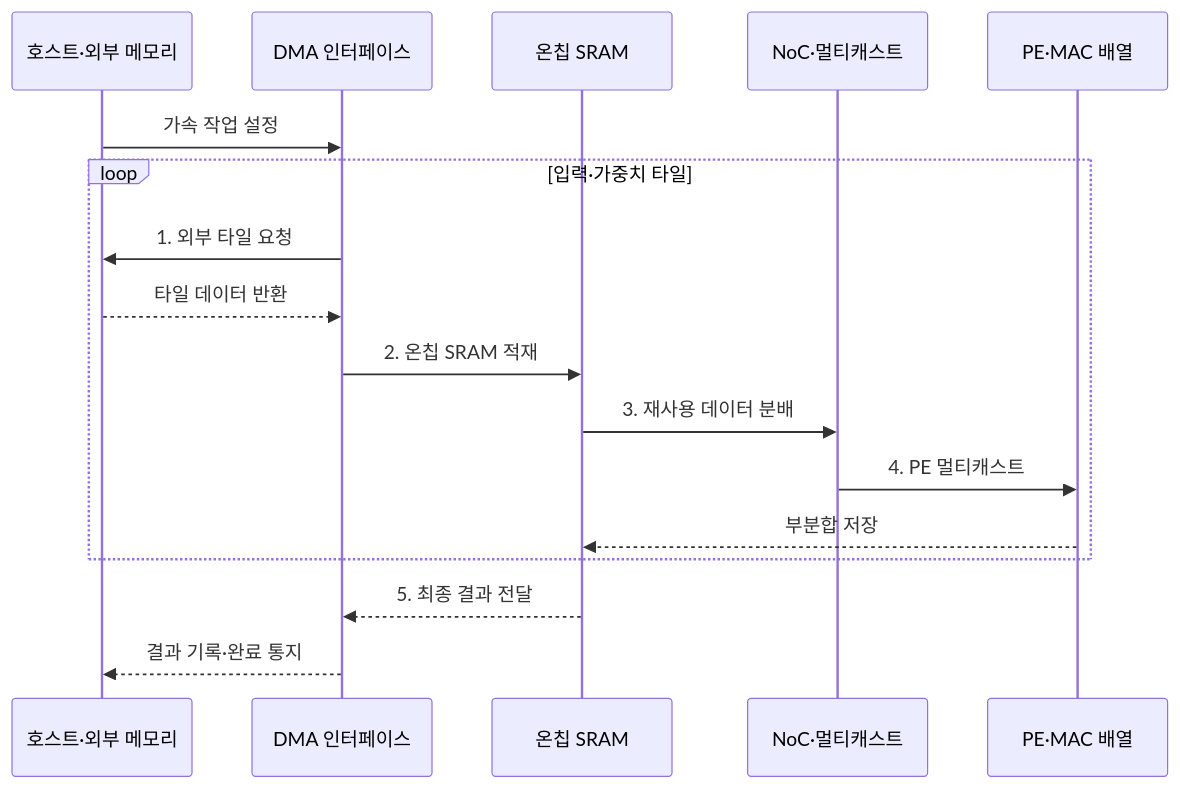
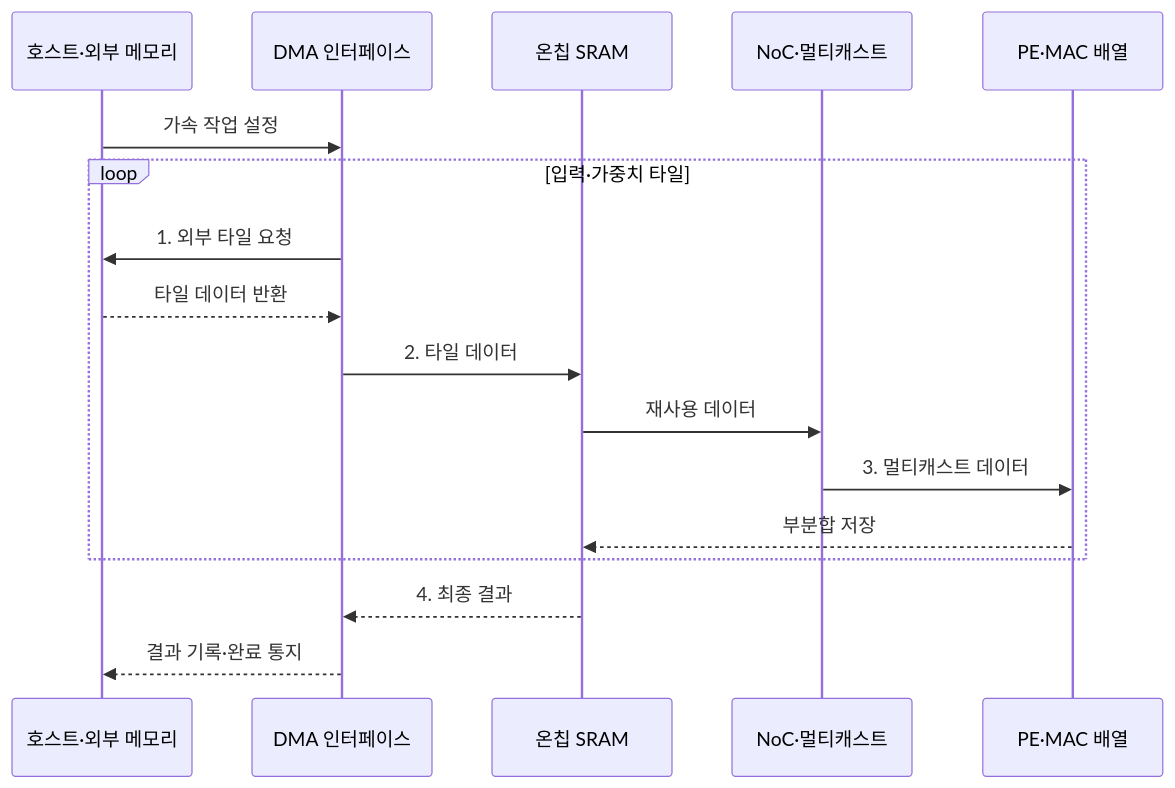
Before and after one commit to agnusdei1207/knowledge-base: the second of 2 diagrams in src/content/docs/notes/02-hardware/040_asic_ai_acceleration.md, drawn with Mermaid. The commit also changed other lines of this file and 20 other files, not shown here.

````diff
--- a/src/content/docs/notes/02-hardware/040_asic_ai_acceleration.md
+++ b/src/content/docs/notes/02-hardware/040_asic_ai_acceleration.md
@@ -95,20 +97,20 @@
 ```mermaid
 sequenceDiagram
     participant H as 호스트·외부 메모리
     participant D as DMA 인터페이스
     participant S as 온칩 SRAM
     participant N as NoC·멀티캐스트
     participant P as PE·MAC 배열
 
     H->>D: 가속 작업 설정
     loop 입력·가중치 타일
         D->>H: 1. 외부 타일 요청
         H-->>D: 타일 데이터 반환
-        D->>S: 2. 온칩 SRAM 적재
-        S->>N: 3. 재사용 데이터 분배
-        N->>P: 4. PE 멀티캐스트
+        D->>S: 2. 타일 데이터
+        S->>N: 재사용 데이터
+        N->>P: 3. 멀티캐스트 데이터
         P-->>S: 부분합 저장
     end
-    S-->>D: 5. 최종 결과 전달
+    S-->>D: 4. 최종 결과
     D-->>H: 결과 기록·완료 통지
 ```
````
